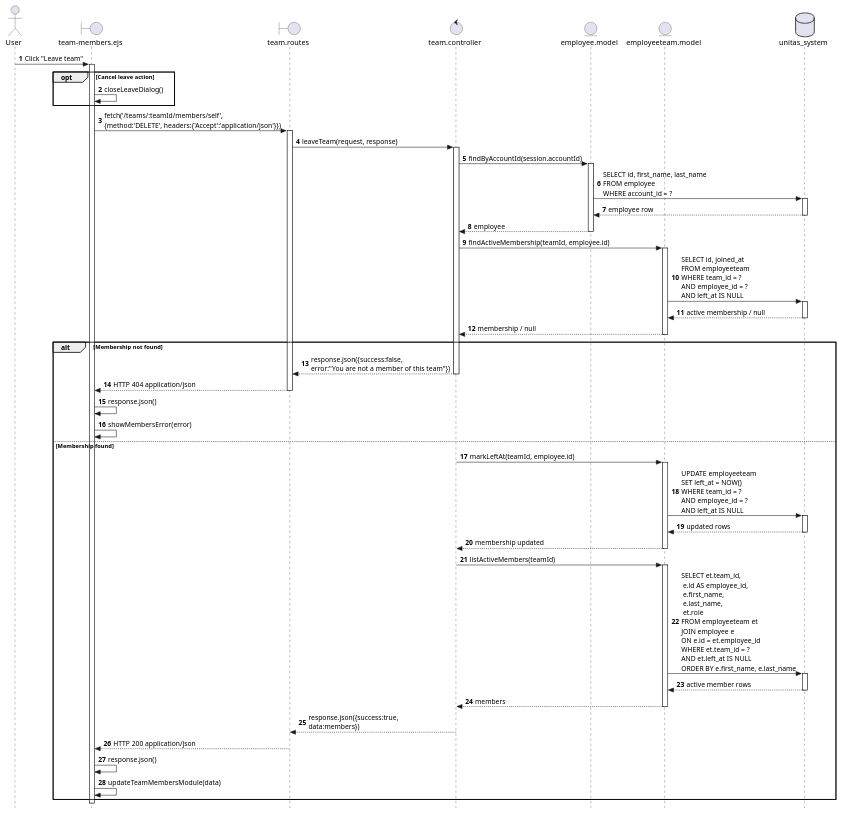
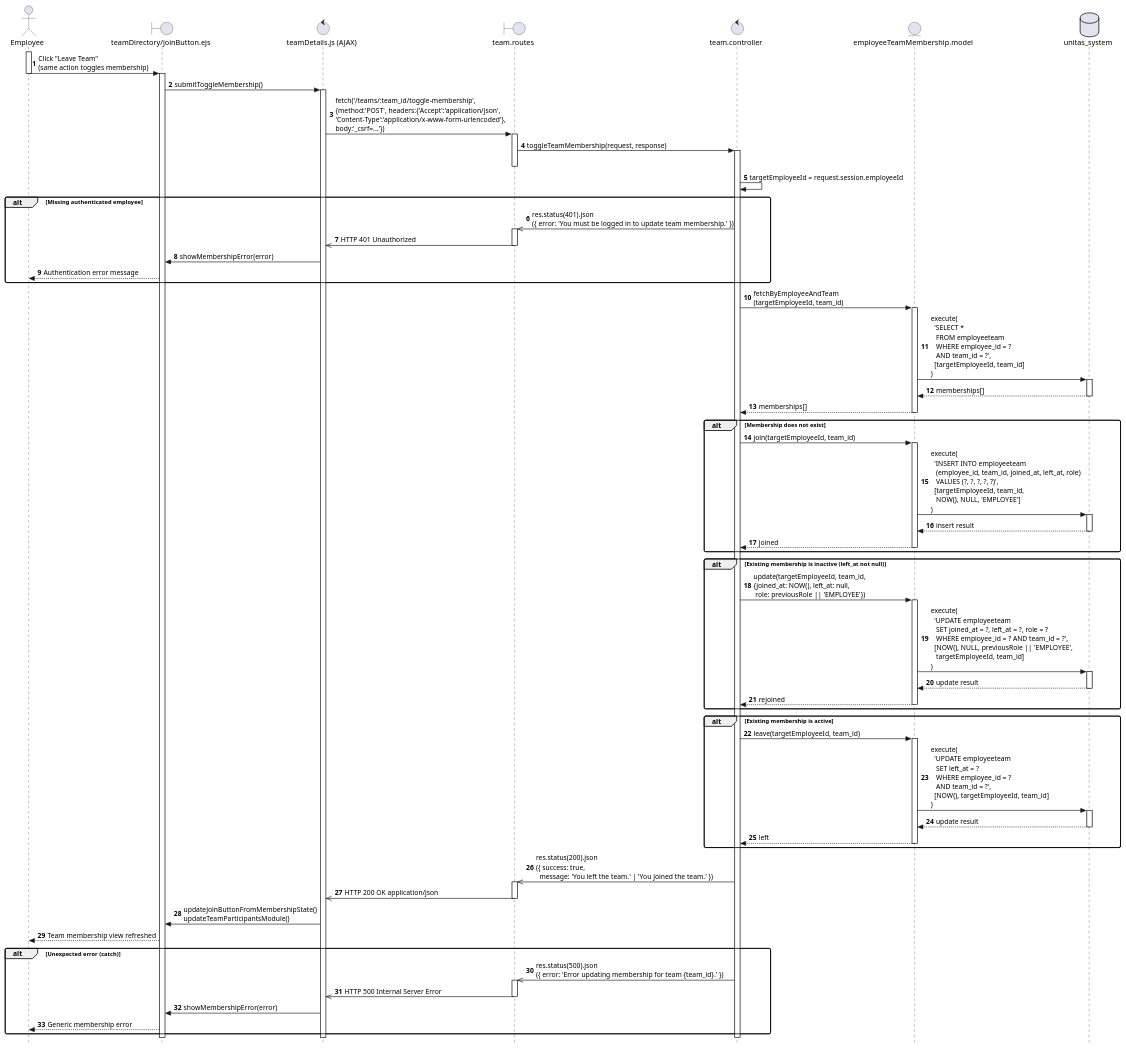
One commit to Berthou05/LimboSoftwareDevelopment_Change.org changed the diagram in documentation/sequence_diagrams/TEAM-07-01-SD.puml. Above: the diagram before and after it, drawn with PlantUML. The commit also changed 1 other file, not shown here.

Commit message:
[FIX] Corrected TEAM-07-01&02

```diff
--- a/documentation/sequence_diagrams/TEAM-07-01-SD.puml
+++ b/documentation/sequence_diagrams/TEAM-07-01-SD.puml
@@ -1,78 +1,101 @@
 @startuml
 skinparam style strictuml
+skinparam sequenceArrowThickness 1.2
+skinparam roundcorner 6
 autonumber
 
-actor "User" as U
-boundary "team-members.ejs" as V
-boundary "team.routes" as RO
-control "team.controller" as C
-entity "employee.model" as E
-entity "employeeteam.model" as X
-database "unitas_system" as DB
+actor    "Employee"                  as User
+boundary "teamDirectory/joinButton.ejs" as JoinButton
+control  "teamDetails.js (AJAX)"     as Client
+boundary "team.routes"               as Routes
+control  "team.controller"           as Controller
+entity   "employeeTeamMembership.model" as EmployeeTeam
+database "unitas_system"             as DB
 
-U -> V: Click "Leave team"
-activate V
+activate User
+User -> JoinButton : Click "Leave Team"\n(same action toggles membership)
+deactivate User
+activate JoinButton
+JoinButton -> Client : submitToggleMembership()
+activate Client
 
-opt Cancel leave action
-    V -> V: closeLeaveDialog()
+Client -> Routes : fetch('/teams/:team_id/toggle-membership',\n{method:'POST', headers:{'Accept':'application/json',\n'Content-Type':'application/x-www-form-urlencoded'},\nbody:'_csrf=...'})
+activate Routes
+Routes -> Controller : toggleTeamMembership(request, response)
+activate Controller
+deactivate Routes
+
+Controller -> Controller : targetEmployeeId = request.session.employeeId
+
+alt Missing authenticated employee
+    Controller ->> Routes : res.status(401).json\n({ error: 'You must be logged in to update team membership.' })
+    activate Routes
+    Routes ->> Client : HTTP 401 Unauthorized
+    deactivate Routes
+    Client -> JoinButton : showMembershipError(error)
+    JoinButton --> User : Authentication error message
 end
 
-V -> RO: fetch('/teams/:teamId/members/self',\n{method:'DELETE', headers:{'Accept':'application/json'}})
-activate RO
-RO -> C: leaveTeam(request, response)
-activate C
+Controller -> EmployeeTeam : fetchByEmployeeAndTeam\n(targetEmployeeId, team_id)
+activate EmployeeTeam
+EmployeeTeam -> DB : execute(\n  'SELECT *\n   FROM employeeteam\n   WHERE employee_id = ?\n   AND team_id = ?',\n  [targetEmployeeId, team_id]\n)
+activate DB
+DB --> EmployeeTeam : memberships[]
+deactivate DB
+EmployeeTeam --> Controller : memberships[]
+deactivate EmployeeTeam
 
-C -> E: findByAccountId(session.accountId)
-activate E
-E -> DB: SELECT id, first_name, last_name\nFROM employee\nWHERE account_id = ?
-activate DB
-DB --> E: employee row
-deactivate DB
-E --> C: employee
-deactivate E
-
-C -> X: findActiveMembership(teamId, employee.id)
-activate X
-X -> DB: SELECT id, joined_at\nFROM employeeteam\nWHERE team_id = ?\nAND employee_id = ?\nAND left_at IS NULL
-activate DB
-DB --> X: active membership / null
-deactivate DB
-X --> C: membership / null
-deactivate X
-
-alt Membership not found
-    C --> RO: response.json({success:false,\nerror:"You are not a member of this team"})
-    deactivate C
-    RO --> V: HTTP 404 application/json
-    deactivate RO
-    V -> V: response.json()
-    V -> V: showMembersError(error)
-else Membership found
-    C -> X: markLeftAt(teamId, employee.id)
-    activate X
-    X -> DB: UPDATE employeeteam\nSET left_at = NOW()\nWHERE team_id = ?\nAND employee_id = ?\nAND left_at IS NULL
+alt Membership does not exist
+    Controller -> EmployeeTeam : join(targetEmployeeId, team_id)
+    activate EmployeeTeam
+    EmployeeTeam -> DB : execute(\n  'INSERT INTO employeeteam\n   (employee_id, team_id, joined_at, left_at, role)\n   VALUES (?, ?, ?, ?, ?)',\n  [targetEmployeeId, team_id,\n   NOW(), NULL, 'EMPLOYEE']\n)
     activate DB
-    DB --> X: updated rows
+    DB --> EmployeeTeam : insert result
     deactivate DB
-    X --> C: membership updated
-    deactivate X
-
-    C -> X: listActiveMembers(teamId)
-    activate X
-    X -> DB: SELECT et.team_id,\n e.id AS employee_id,\n e.first_name,\n e.last_name,\n et.role\nFROM employeeteam et\nJOIN employee e\nON e.id = et.employee_id\nWHERE et.team_id = ?\nAND et.left_at IS NULL\nORDER BY e.first_name, e.last_name
-    activate DB
-    DB --> X: active member rows
-    deactivate DB
-    X --> C: members
-    deactivate X
-
-    C --> RO: response.json({success:true,\ndata:members})
-    deactivate C
-    RO --> V: HTTP 200 application/json
-    deactivate RO
-    V -> V: response.json()
-    V -> V: updateTeamMembersModule(data)
+    EmployeeTeam --> Controller : joined
+    deactivate EmployeeTeam
 end
 
-deactivate V
+alt Existing membership is inactive (left_at not null)
+    Controller -> EmployeeTeam : update(targetEmployeeId, team_id,\n{joined_at: NOW(), left_at: null,\n role: previousRole || 'EMPLOYEE'})
+    activate EmployeeTeam
+    EmployeeTeam -> DB : execute(\n  'UPDATE employeeteam\n   SET joined_at = ?, left_at = ?, role = ?\n   WHERE employee_id = ? AND team_id = ?',\n  [NOW(), NULL, previousRole || 'EMPLOYEE',\n   targetEmployeeId, team_id]\n)
+    activate DB
+    DB --> EmployeeTeam : update result
+    deactivate DB
+    EmployeeTeam --> Controller : rejoined
+    deactivate EmployeeTeam
+end
+
+alt Existing membership is active
+    Controller -> EmployeeTeam : leave(targetEmployeeId, team_id)
+    activate EmployeeTeam
+    EmployeeTeam -> DB : execute(\n  'UPDATE employeeteam\n   SET left_at = ?\n   WHERE employee_id = ?\n   AND team_id = ?',\n  [NOW(), targetEmployeeId, team_id]\n)
+    activate DB
+    DB --> EmployeeTeam : update result
+    deactivate DB
+    EmployeeTeam --> Controller : left
+    deactivate EmployeeTeam
+end
+
+Controller ->> Routes : res.status(200).json\n({ success: true,\n  message: 'You left the team.' | 'You joined the team.' })
+activate Routes
+Routes ->> Client : HTTP 200 OK application/json
+deactivate Routes
+Client -> JoinButton : updateJoinButtonFromMembershipState()\nupdateTeamParticipantsModule()
+JoinButton --> User : Team membership view refreshed
+
+alt Unexpected error (catch)
+    Controller ->> Routes : res.status(500).json\n({ error: 'Error updating membership for team {team_id}.' })
+    activate Routes
+    Routes ->> Client : HTTP 500 Internal Server Error
+    deactivate Routes
+    Client -> JoinButton : showMembershipError(error)
+    JoinButton --> User : Generic membership error
+end
+
+deactivate Controller
+deactivate Client
+deactivate JoinButton
+
 @enduml
```
